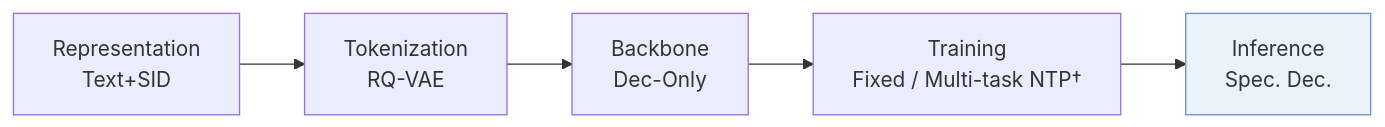
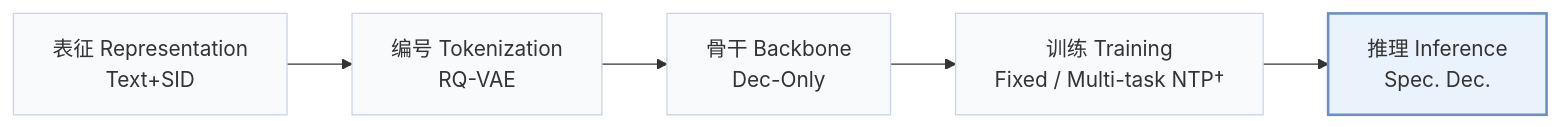
The first of 2 diagrams in pages/zh/papers/pad-rec.md (Galaxy-ghost/Awesome-SID-Generative-Rec), drawn with Mermaid before and after one commit. The commit also changed other lines of this file and 649 other files, not shown here.

Commit message:
writer-05: also tags and modality index (schema, check, build, visuals); summary field removed; calibration data for 12 papers

````diff
--- a/pages/zh/papers/pad-rec.md
+++ b/pages/zh/papers/pad-rec.md
@@ -13,6 +15,8 @@
 ```mermaid
 flowchart LR
-    R["Representation<br/>Text+SID"] --> T["Tokenization<br/>RQ-VAE"] --> B["Backbone<br/>Dec-Only"] --> TR["Training<br/>Fixed / Multi-task NTP†"] --> I["Inference<br/>Spec. Dec."]
-    classDef main fill:#eaf2fb,stroke:#6b8fc7
+    R["表征 Representation<br/>Text+SID"] --> T["编号 Tokenization<br/>RQ-VAE"] --> B["骨干 Backbone<br/>Dec-Only"] --> TR["训练 Training<br/>Fixed / Multi-task NTP†"] --> I["推理 Inference<br/>Spec. Dec."]
+    classDef base fill:#f8fafc,stroke:#cbd5e1
+    class R,T,B,TR,I base
+    classDef main fill:#eaf2fb,stroke:#6b8fc7,stroke-width:2px
     class I main
 ```
````
